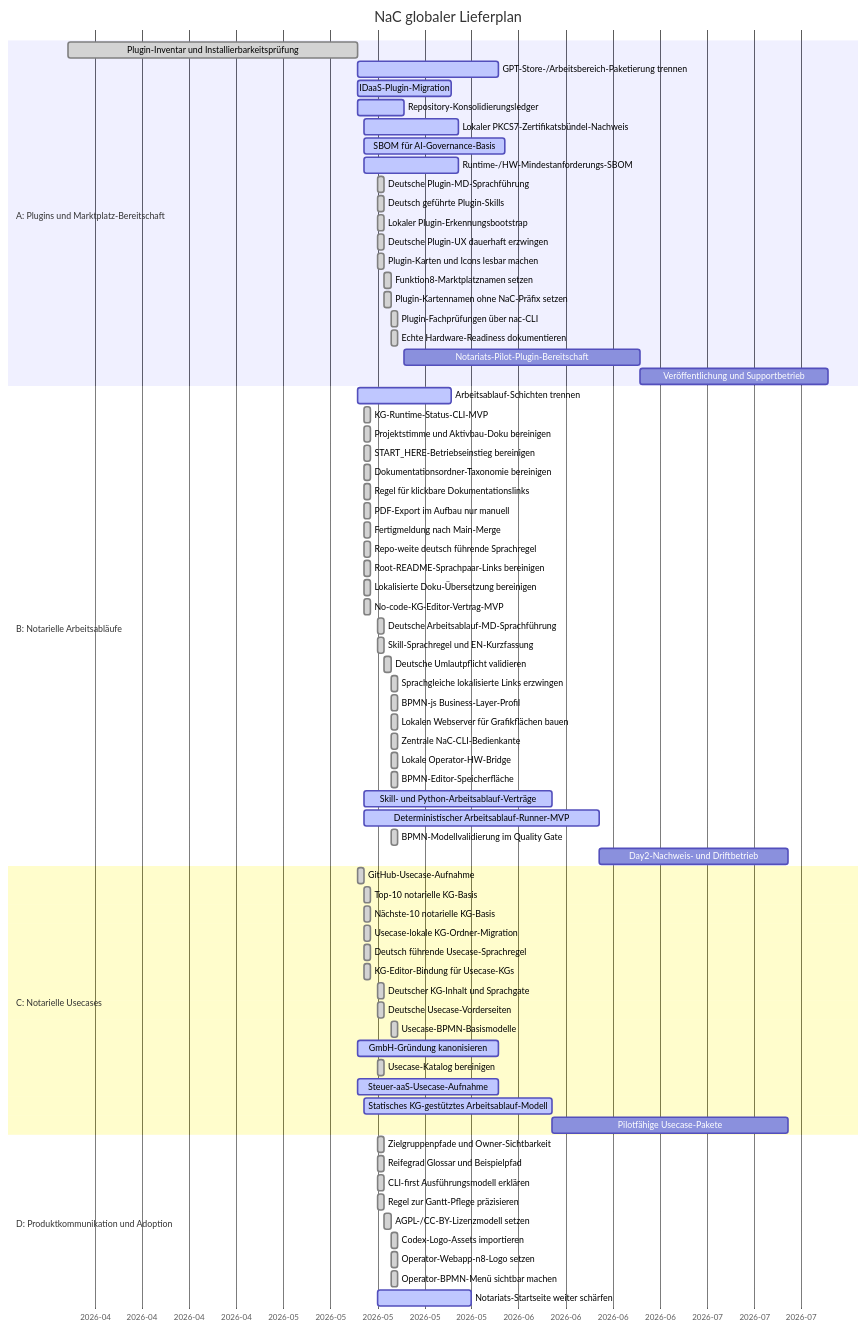
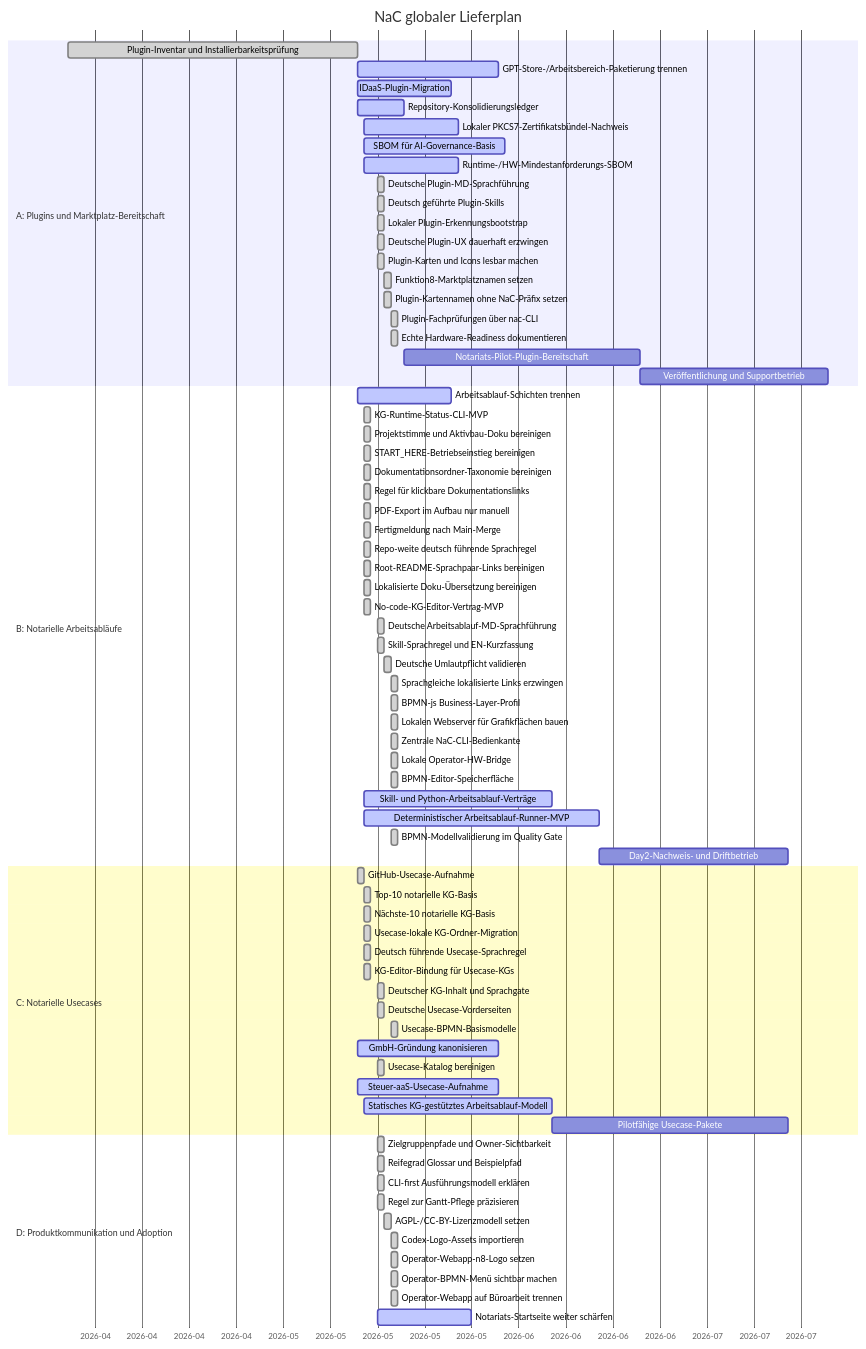
Before and after one commit to notariat8/NaC: the diagram in roadmap/GANTT.md, drawn with Mermaid. The commit also changed other lines of this file and 5 other files, not shown here.

Commit message:
Make operator webapp usecase first

````diff
--- a/roadmap/GANTT.md
+++ b/roadmap/GANTT.md
@@ -14,80 +14,81 @@
 ```mermaid
 gantt
     title NaC globaler Lieferplan
     dateFormat  YYYY-MM-DD
     axisFormat  %Y-%m
 
     section A: Plugins und Marktplatz-Bereitschaft
     Plugin-Inventar und Installierbarkeitsprüfung :done, a1, 2026-04-01, 2026-05-14
     GPT-Store-/Arbeitsbereich-Paketierung trennen :active, a2, 2026-05-14, 21d
     IDaaS-Plugin-Migration                       :active,  a3, 2026-05-14, 14d
     Repository-Konsolidierungsledger             :active,  a4, 2026-05-14, 7d
     Lokaler PKCS7-Zertifikatsbündel-Nachweis    :active,  a4a, 2026-05-15, 14d
     SBOM für AI-Governance-Basis                :active,  a4b, 2026-05-15, 21d
     Runtime-/HW-Mindestanforderungs-SBOM         :active,  a4c, 2026-05-15, 14d
     Deutsche Plugin-MD-Sprachführung            :done,    a4d, 2026-05-17, 1d
     Deutsch geführte Plugin-Skills              :done,    a4e, 2026-05-17, 1d
     Lokaler Plugin-Erkennungsbootstrap           :done,    a4f, 2026-05-17, 1d
     Deutsche Plugin-UX dauerhaft erzwingen       :done,    a4g, 2026-05-17, 1d
     Plugin-Karten und Icons lesbar machen        :done,    a4h, 2026-05-17, 1d
     Funktion8-Marktplatznamen setzen             :done,    a4i, 2026-05-18, 1d
     Plugin-Kartennamen ohne NaC-Präfix setzen    :done,    a4j, 2026-05-18, 1d
     Plugin-Fachprüfungen über nac-CLI            :done,    a4k, 2026-05-19, 1d
     Echte Hardware-Readiness dokumentieren       :done,    a4l, 2026-05-19, 1d
     Notariats-Pilot-Plugin-Bereitschaft          :         a5, after a4, 35d
     Veröffentlichung und Supportbetrieb         :         a6, after a5, 28d
 
     section B: Notarielle Arbeitsabläufe
     Arbeitsablauf-Schichten trennen              :active,  b1, 2026-05-14, 14d
     KG-Runtime-Status-CLI-MVP                    :done,    b1a, 2026-05-15, 1d
     Projektstimme und Aktivbau-Doku bereinigen   :done,    b1b, 2026-05-15, 1d
     START_HERE-Betriebseinstieg bereinigen       :done,    b1c, 2026-05-15, 1d
     Dokumentationsordner-Taxonomie bereinigen    :done,    b1d, 2026-05-15, 1d
     Regel für klickbare Dokumentationslinks     :done,    b1e, 2026-05-15, 1d
     PDF-Export im Aufbau nur manuell             :done,    b1f, 2026-05-15, 1d
     Fertigmeldung nach Main-Merge                :done,    b1g, 2026-05-15, 1d
     Repo-weite deutsch führende Sprachregel     :done,    b1h, 2026-05-15, 1d
     Root-README-Sprachpaar-Links bereinigen      :done,    b1i, 2026-05-15, 1d
     Lokalisierte Doku-Übersetzung bereinigen    :done,    b1j, 2026-05-15, 1d
     No-code-KG-Editor-Vertrag-MVP                :done,    b1k, 2026-05-15, 1d
     Deutsche Arbeitsablauf-MD-Sprachführung     :done,    b1l, 2026-05-17, 1d
     Skill-Sprachregel und EN-Kurzfassung         :done,    b1m, 2026-05-17, 1d
     Deutsche Umlautpflicht validieren            :done,    b1n, 2026-05-18, 1d
     Sprachgleiche lokalisierte Links erzwingen   :done,    b1na, 2026-05-19, 1d
     BPMN-js Business-Layer-Profil                :done,    b1o, 2026-05-19, 1d
     Lokalen Webserver für Grafikflächen bauen   :done,    b1p, 2026-05-19, 1d
     Zentrale NaC-CLI-Bedienkante                 :done,    b1q, 2026-05-19, 1d
     Lokale Operator-HW-Bridge                    :done,    b1r, 2026-05-19, 1d
     BPMN-Editor-Speicherfläche                   :done,    b1s, 2026-05-19, 1d
     Skill- und Python-Arbeitsablauf-Verträge    :active,  b2, 2026-05-15, 28d
     Deterministischer Arbeitsablauf-Runner-MVP   :active,  b3, 2026-05-15, 35d
     BPMN-Modellvalidierung im Quality Gate       :done,    b3a, 2026-05-19, 1d
     Day2-Nachweis- und Driftbetrieb              :         b4, after b3, 28d
 
     section C: Notarielle Usecases
     GitHub-Usecase-Aufnahme                      :done,    c1, 2026-05-14, 1d
     Top-10 notarielle KG-Basis                   :done,    c2, 2026-05-15, 1d
     Nächste-10 notarielle KG-Basis              :done,    c3, 2026-05-15, 1d
     Usecase-lokale KG-Ordner-Migration           :done,    c3a, 2026-05-15, 1d
     Deutsch führende Usecase-Sprachregel        :done,    c3b, 2026-05-15, 1d
     KG-Editor-Bindung für Usecase-KGs           :done,    c3c, 2026-05-15, 1d
     Deutscher KG-Inhalt und Sprachgate           :done,    c3d, 2026-05-17, 1d
     Deutsche Usecase-Vorderseiten                :done,    c3e, 2026-05-17, 1d
     Usecase-BPMN-Basismodelle                    :done,    c3f, 2026-05-19, 1d
     GmbH-Gründung kanonisieren                  :active,  c4, 2026-05-14, 21d
     Usecase-Katalog bereinigen                 :done,    c5, 2026-05-17, 1d
     Steuer-aaS-Usecase-Aufnahme                  :active,  c6, 2026-05-14, 21d
     Statisches KG-gestütztes Arbeitsablauf-Modell :active, c7, 2026-05-15, 28d
     Pilotfähige Usecase-Pakete                  :         c8, after c7, 35d
 
     section D: Produktkommunikation und Adoption
     Zielgruppenpfade und Owner-Sichtbarkeit      :done,    d1, 2026-05-17, 1d
     Reifegrad Glossar und Beispielpfad           :done,    d1a, 2026-05-17, 1d
     CLI-first Ausführungsmodell erklären       :done,    d1b, 2026-05-17, 1d
     Regel zur Gantt-Pflege präzisieren         :done,    d1c, 2026-05-17, 1d
     AGPL-/CC-BY-Lizenzmodell setzen              :done,    d1d, 2026-05-18, 1d
     Codex-Logo-Assets importieren                :done,    d1e, 2026-05-19, 1d
     Operator-Webapp-n8-Logo setzen               :done,    d1f, 2026-05-19, 1d
     Operator-BPMN-Menü sichtbar machen           :done,    d1g, 2026-05-19, 1d
+    Operator-Webapp auf Büroarbeit trennen       :done,    d1h, 2026-05-19, 1d
     Notariats-Startseite weiter schärfen        :active,  d2, 2026-05-17, 14d
 ```
````
